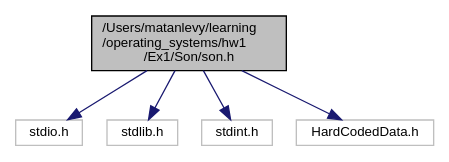
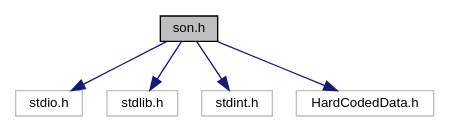
Before and after one commit to LevyMatan/ISP_ex1_doc: the diagram in son_8h__incl.dot, drawn with Graphviz. The commit also changed 81 other files, not shown here.

```diff
--- a/son_8h__incl.dot
+++ b/son_8h__incl.dot
@@ -1,16 +1,16 @@
-digraph "/Users/matanlevy/learning/operating_systems/hw1/Ex1/Son/son.h"
+digraph "son.h"
 {
  // INTERACTIVE_SVG=YES
  // LATEX_PDF_SIZE
   edge [fontname="Helvetica",fontsize="10",labelfontname="Helvetica",labelfontsize="10"];
   node [fontname="Helvetica",fontsize="10",shape=record];
-  Node1 [label="/Users/matanlevy/learning\l/operating_systems/hw1\l/Ex1/Son/son.h",height=0.2,width=0.4,color="black", fillcolor="grey75", style="filled", fontcolor="black",tooltip="Son header file."];
+  Node1 [label="son.h",height=0.2,width=0.4,color="black", fillcolor="grey75", style="filled", fontcolor="black",tooltip="Son header file."];
   Node1 -> Node2 [color="midnightblue",fontsize="10",style="solid",fontname="Helvetica"];
   Node2 [label="stdio.h",height=0.2,width=0.4,color="grey75", fillcolor="white", style="filled",tooltip=" "];
   Node1 -> Node3 [color="midnightblue",fontsize="10",style="solid",fontname="Helvetica"];
   Node3 [label="stdlib.h",height=0.2,width=0.4,color="grey75", fillcolor="white", style="filled",tooltip=" "];
   Node1 -> Node4 [color="midnightblue",fontsize="10",style="solid",fontname="Helvetica"];
   Node4 [label="stdint.h",height=0.2,width=0.4,color="grey75", fillcolor="white", style="filled",tooltip=" "];
   Node1 -> Node5 [color="midnightblue",fontsize="10",style="solid",fontname="Helvetica"];
   Node5 [label="HardCodedData.h",height=0.2,width=0.4,color="grey75", fillcolor="white", style="filled",tooltip=" "];
 }
```
